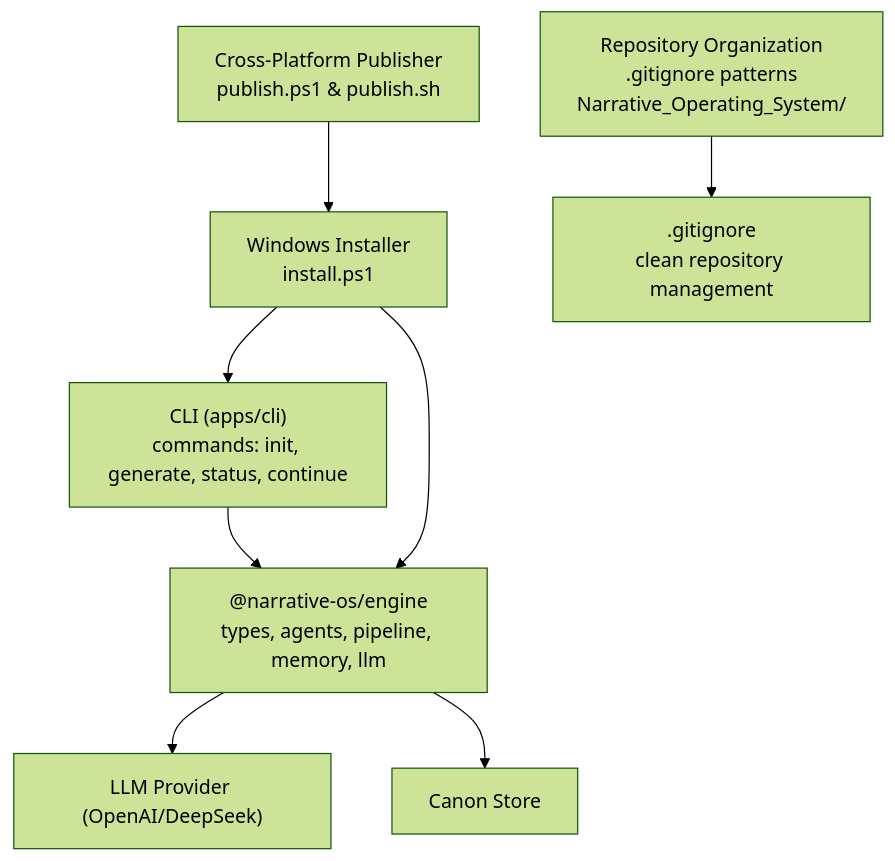
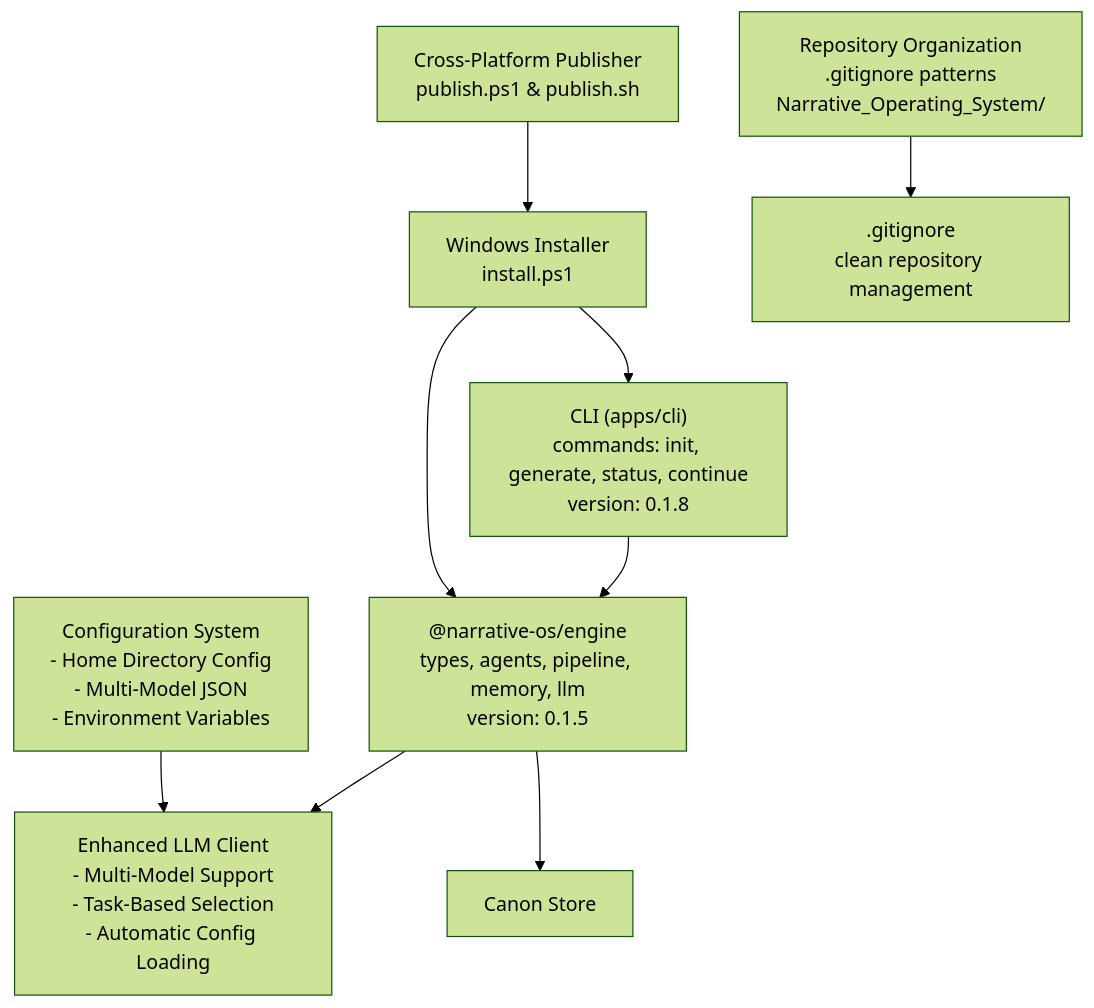
One commit to liwonder/NARRITIVE_OS changed the second of 11 diagrams in .qoder/repowiki/en/content/Development and Contributing.md. Above: the diagram before and after it, drawn with Mermaid (forest theme). The commit also changed other lines of this file and 12 other files, not shown here.

Commit message:
bump version and ask to user to config a embeding model

````diff
--- a/.qoder/repowiki/en/content/Development and Contributing.md
+++ b/.qoder/repowiki/en/content/Development and Contributing.md
@@ -123,17 +127,19 @@
 ```mermaid
 graph TB
-CLI["CLI (apps/cli)<br/>commands: init, generate, status, continue"]
-ENGINE["@narrative-os/engine<br/>types, agents, pipeline, memory, llm"]
-LLM["LLM Provider (OpenAI/DeepSeek)"]
+CLI["CLI (apps/cli)<br/>commands: init, generate, status, continue<br/>version: 0.1.8"]
+ENGINE["@narrative-os/engine<br/>types, agents, pipeline, memory, llm<br/>version: 0.1.5"]
+LLM["Enhanced LLM Client<br/>- Multi-Model Support<br/>- Task-Based Selection<br/>- Automatic Config Loading"]
 STORE["Canon Store"]
 INSTALL["Windows Installer<br/>install.ps1"]
 PUBLISH["Cross-Platform Publisher<br/>publish.ps1 & publish.sh"]
 REPO["Repository Organization<br/>.gitignore patterns<br/>Narrative_Operating_System/"]
+CONFIG["Configuration System<br/>- Home Directory Config<br/>- Multi-Model JSON<br/>- Environment Variables"]
 CLI --> ENGINE
 ENGINE --> LLM
 ENGINE --> STORE
 INSTALL --> CLI
 INSTALL --> ENGINE
 PUBLISH --> INSTALL
 REPO --> GITIGNORE[".gitignore<br/>clean repository management"]
+CONFIG --> LLM
 ```
````
